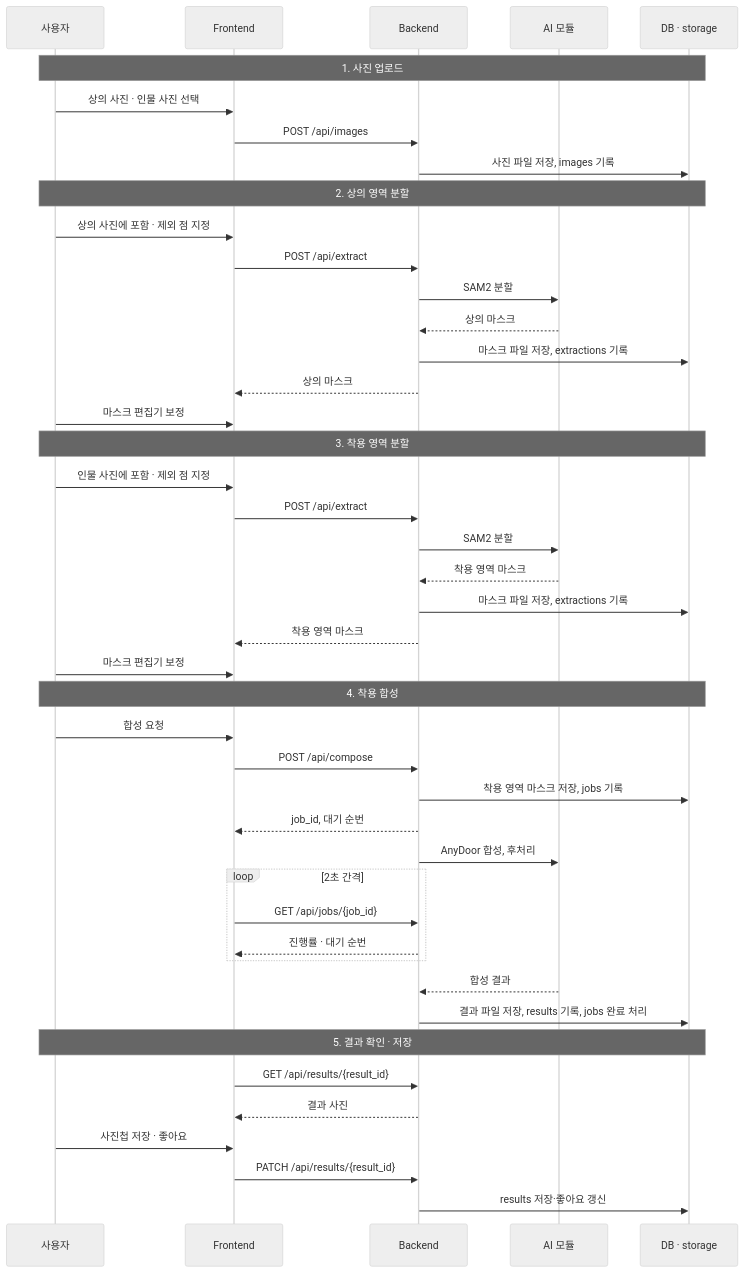
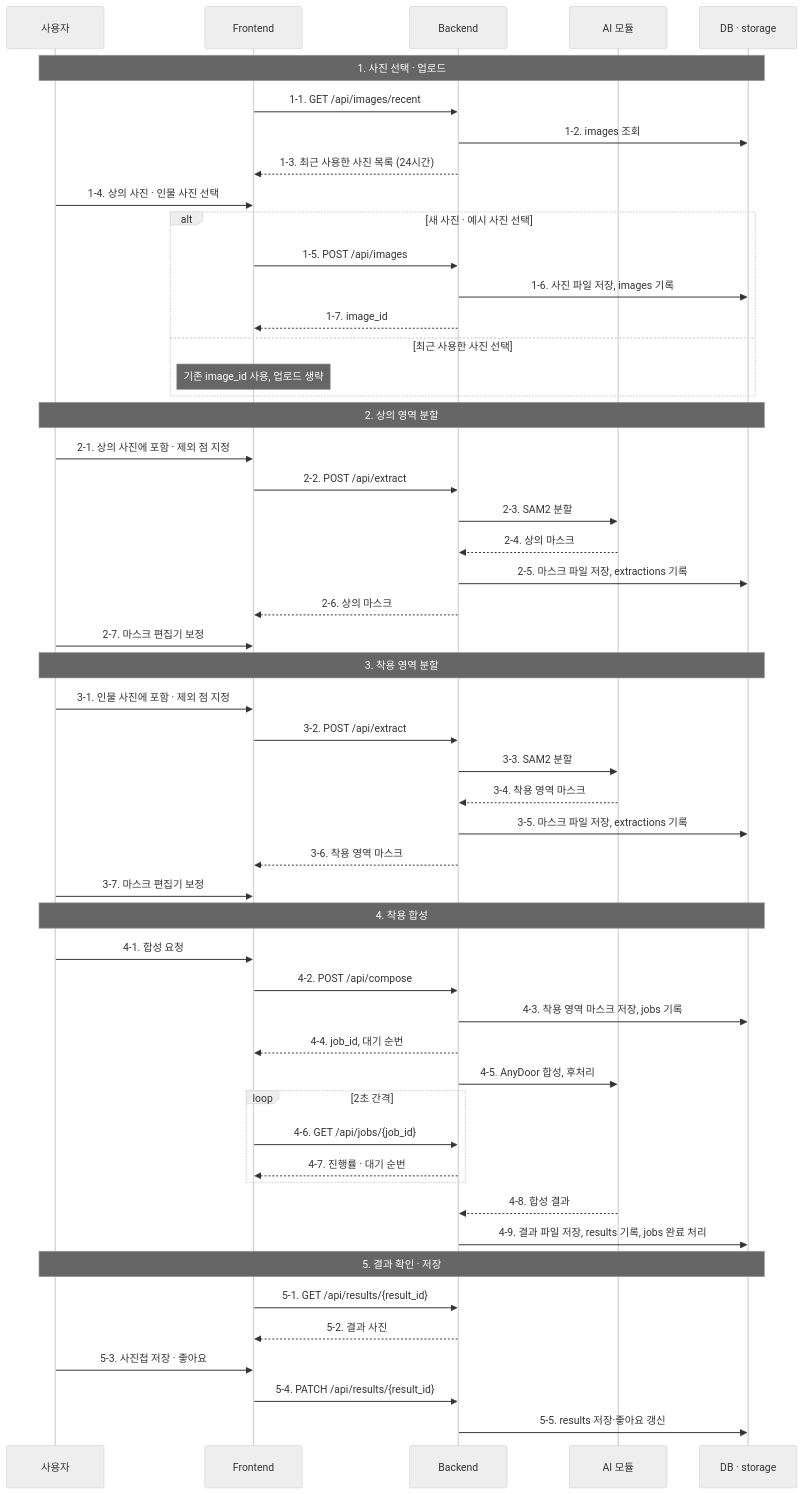
Before and after one commit to Jenny5789/CGI_MOA: the fourth of 4 diagrams in README.md, drawn with Mermaid (neutral theme). The commit also changed other lines of this file, not shown here.

Commit message:
docs: README 처리 흐름에 최근 사진 조회·업로드 분기, 단계별 번호 추가
- 1단계를 사진 선택·업로드로 변경, GET /api/images/recent 추가
- 최근 사용한 사진 선택 시 업로드 생략 분기
- API 표에 최근 사진 조회 행 추가
- 처리 흐름 동작마다 단계-순서 번호

````diff
--- a/README.md
+++ b/README.md
@@ -239,51 +239,59 @@
 ```mermaid
 sequenceDiagram
     participant U as 사용자
     participant F as Frontend
     participant B as Backend
     participant A as AI 모듈
     participant S as DB · storage
 
-    Note over U,S: 1. 사진 업로드
-    U->>F: 상의 사진 · 인물 사진 선택
-    F->>B: POST /api/images
-    B->>S: 사진 파일 저장, images 기록
+    Note over U,S: 1. 사진 선택 · 업로드
+    F->>B: 1-1. GET /api/images/recent
+    B->>S: 1-2. images 조회
+    B-->>F: 1-3. 최근 사용한 사진 목록 (24시간)
+    U->>F: 1-4. 상의 사진 · 인물 사진 선택
+    alt 새 사진 · 예시 사진 선택
+        F->>B: 1-5. POST /api/images
+        B->>S: 1-6. 사진 파일 저장, images 기록
+        B-->>F: 1-7. image_id
+    else 최근 사용한 사진 선택
+        Note over F: 기존 image_id 사용, 업로드 생략
+    end
 
     Note over U,S: 2. 상의 영역 분할
-    U->>F: 상의 사진에 포함 · 제외 점 지정
-    F->>B: POST /api/extract
-    B->>A: SAM2 분할
-    A-->>B: 상의 마스크
-    B->>S: 마스크 파일 저장, extractions 기록
-    B-->>F: 상의 마스크
-    U->>F: 마스크 편집기 보정
+    U->>F: 2-1. 상의 사진에 포함 · 제외 점 지정
+    F->>B: 2-2. POST /api/extract
+    B->>A: 2-3. SAM2 분할
+    A-->>B: 2-4. 상의 마스크
+    B->>S: 2-5. 마스크 파일 저장, extractions 기록
+    B-->>F: 2-6. 상의 마스크
+    U->>F: 2-7. 마스크 편집기 보정
 
     Note over U,S: 3. 착용 영역 분할
-    U->>F: 인물 사진에 포함 · 제외 점 지정
-    F->>B: POST /api/extract
-    B->>A: SAM2 분할
-    A-->>B: 착용 영역 마스크
-    B->>S: 마스크 파일 저장, extractions 기록
-    B-->>F: 착용 영역 마스크
-    U->>F: 마스크 편집기 보정
+    U->>F: 3-1. 인물 사진에 포함 · 제외 점 지정
+    F->>B: 3-2. POST /api/extract
+    B->>A: 3-3. SAM2 분할
+    A-->>B: 3-4. 착용 영역 마스크
+    B->>S: 3-5. 마스크 파일 저장, extractions 기록
+    B-->>F: 3-6. 착용 영역 마스크
+    U->>F: 3-7. 마스크 편집기 보정
 
     Note over U,S: 4. 착용 합성
-    U->>F: 합성 요청
-    F->>B: POST /api/compose
-    B->>S: 착용 영역 마스크 저장, jobs 기록
-    B-->>F: job_id, 대기 순번
-    B->>A: AnyDoor 합성, 후처리
+    U->>F: 4-1. 합성 요청
+    F->>B: 4-2. POST /api/compose
+    B->>S: 4-3. 착용 영역 마스크 저장, jobs 기록
+    B-->>F: 4-4. job_id, 대기 순번
+    B->>A: 4-5. AnyDoor 합성, 후처리
     loop 2초 간격
-        F->>B: GET /api/jobs/{job_id}
-        B-->>F: 진행률 · 대기 순번
+        F->>B: 4-6. GET /api/jobs/{job_id}
+        B-->>F: 4-7. 진행률 · 대기 순번
     end
-    A-->>B: 합성 결과
-    B->>S: 결과 파일 저장, results 기록, jobs 완료 처리
+    A-->>B: 4-8. 합성 결과
+    B->>S: 4-9. 결과 파일 저장, results 기록, jobs 완료 처리
 
     Note over U,S: 5. 결과 확인 · 저장
-    F->>B: GET /api/results/{result_id}
-    B-->>F: 결과 사진
-    U->>F: 사진첩 저장 · 좋아요
-    F->>B: PATCH /api/results/{result_id}
-    B->>S: results 저장·좋아요 갱신
+    F->>B: 5-1. GET /api/results/{result_id}
+    B-->>F: 5-2. 결과 사진
+    U->>F: 5-3. 사진첩 저장 · 좋아요
+    F->>B: 5-4. PATCH /api/results/{result_id}
+    B->>S: 5-5. results 저장·좋아요 갱신
 ```
````
